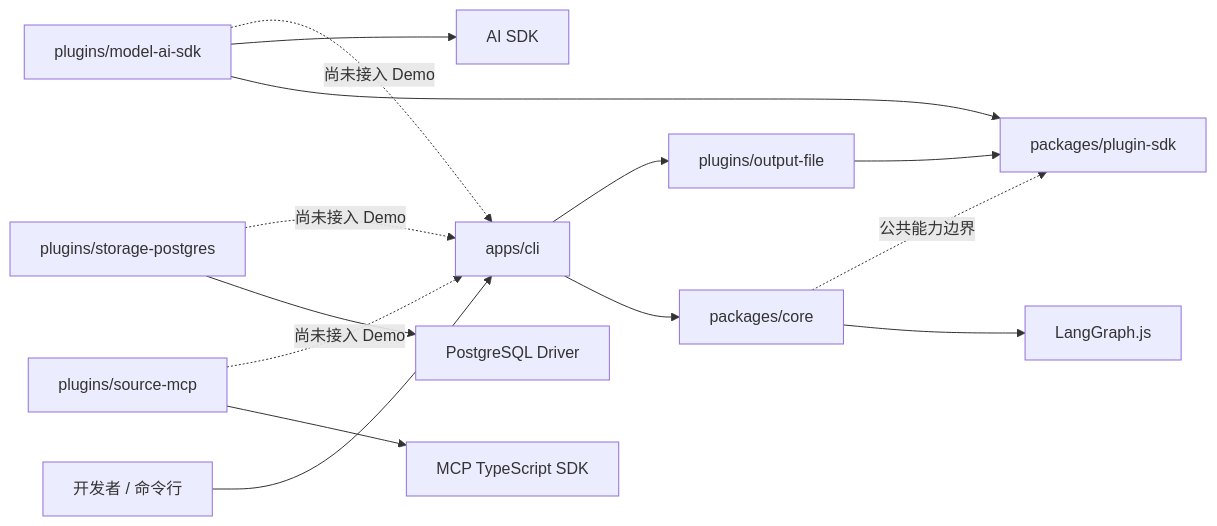
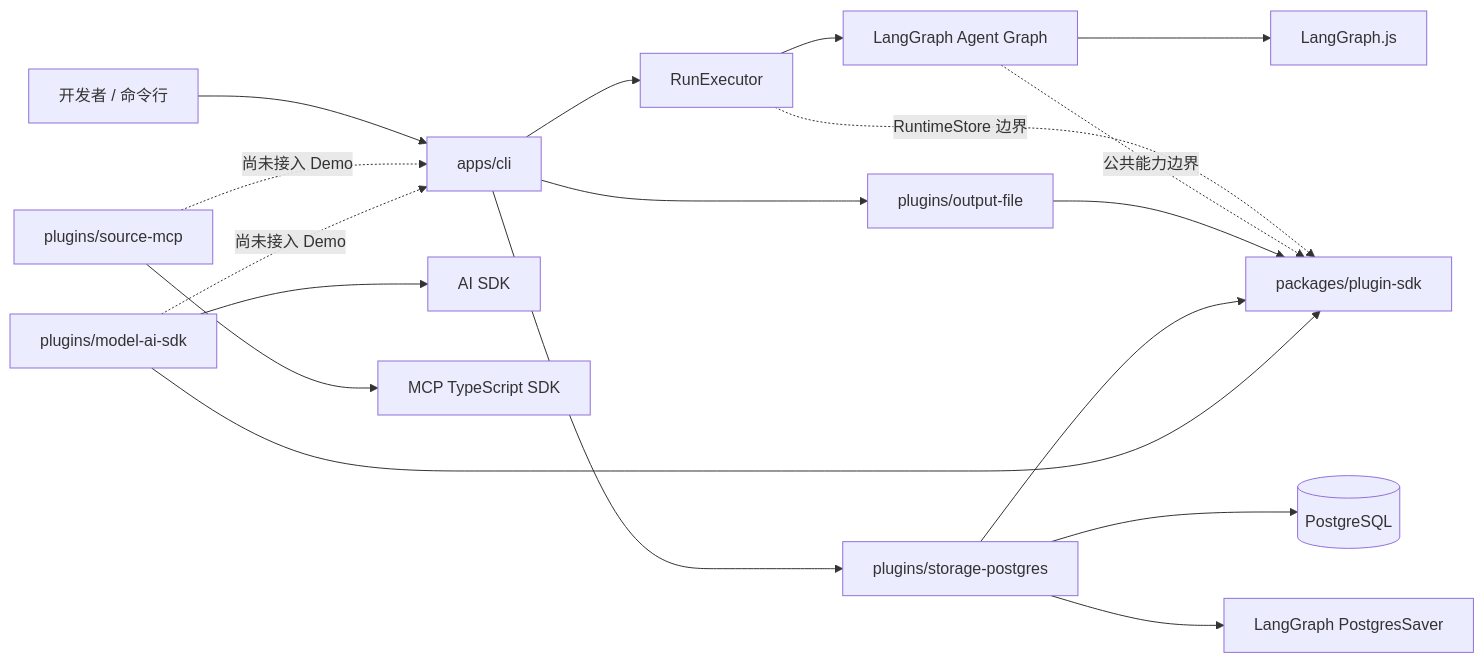
The first of 3 diagrams in docs/architecture.md (liuxzzz/finance-ai-news-agent), drawn with Mermaid before and after one commit. The commit also changed other lines of this file and 32 other files, not shown here.

Commit message:
feat: add persistent agent runtime

````diff
--- a/docs/architecture.md
+++ b/docs/architecture.md
@@ -26,19 +28,23 @@
 ```mermaid
 flowchart LR
     User[开发者 / 命令行] --> CLI[apps/cli]
-    CLI --> Core[packages/core]
+    CLI --> Runtime[RunExecutor]
+    Runtime --> Core[LangGraph Agent Graph]
     CLI --> Output[plugins/output-file]
+    CLI --> Storage[plugins/storage-postgres]
 
     Core --> Graph[LangGraph.js]
-    Core -. 公共能力边界 .-> SDK[packages/plugin-sdk]
+    Runtime -. RuntimeStore 边界 .-> SDK[packages/plugin-sdk]
+    Core -. 公共能力边界 .-> SDK
     Output --> SDK
+    Storage --> SDK
 
     Model[plugins/model-ai-sdk] --> SDK
     Model --> AISDK[AI SDK]
     Source[plugins/source-mcp] --> MCP[MCP TypeScript SDK]
-    Storage[plugins/storage-postgres] --> PG[PostgreSQL Driver]
+    Storage --> PG[(PostgreSQL)]
+    Storage --> Checkpoint[LangGraph PostgresSaver]
 
     Source -. 尚未接入 Demo .-> CLI
     Model -. 尚未接入 Demo .-> CLI
-    Storage -. 尚未接入 Demo .-> CLI
 ```
````
